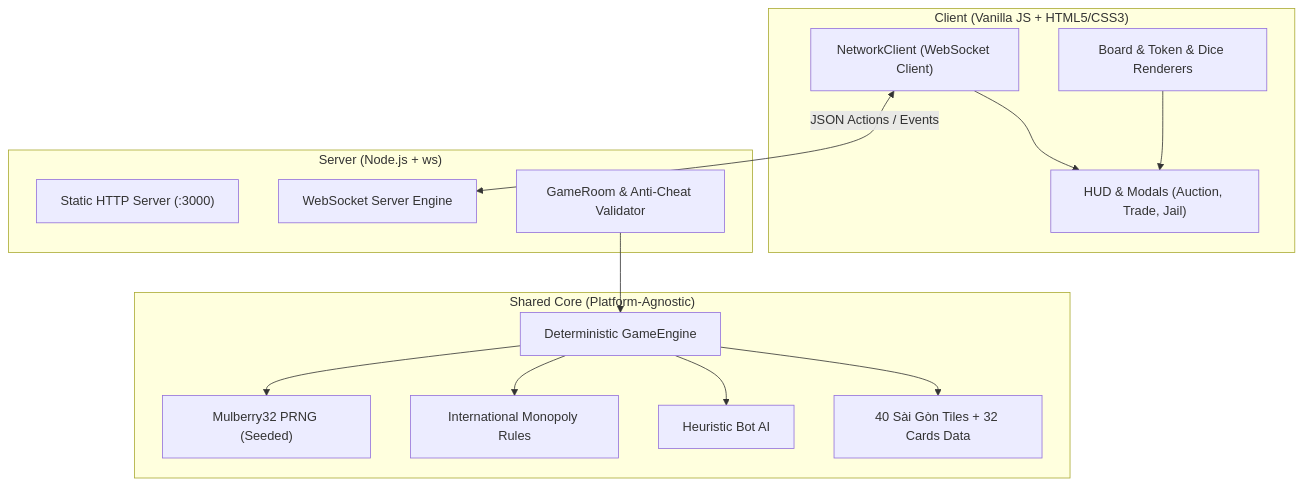
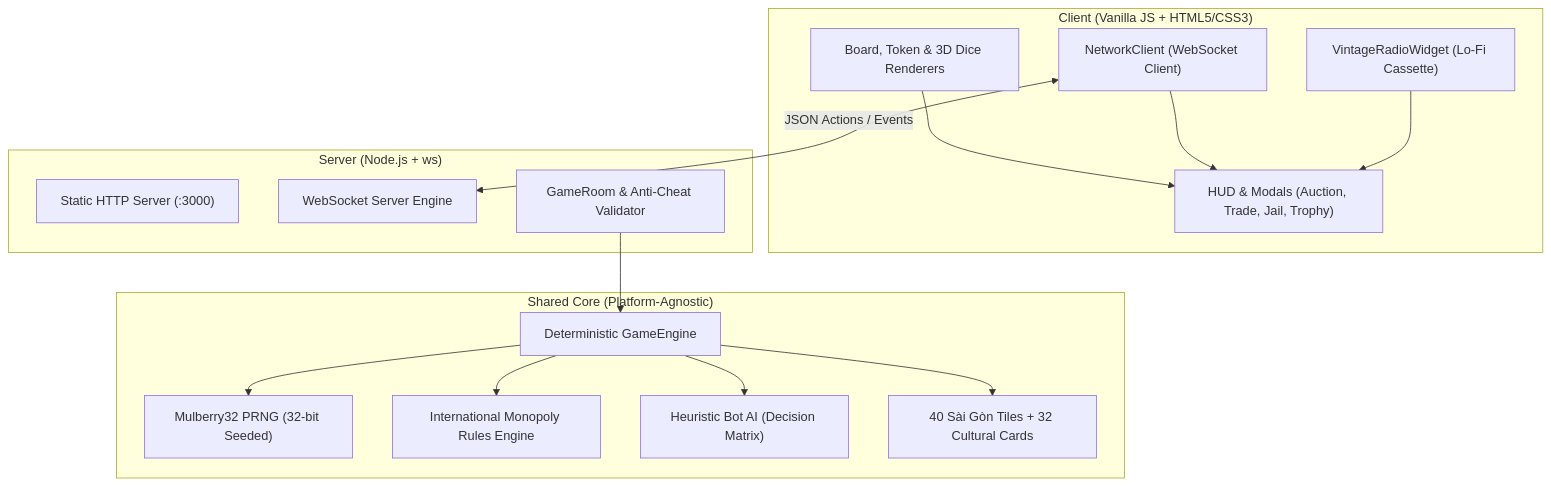
Before and after one commit to dinhanhhhh/Monopoly: the diagram in README.md, drawn with Mermaid. The commit also changed other lines of this file and 4 other files, not shown here.

````diff
--- a/README.md
+++ b/README.md
@@ -18,31 +27,33 @@
 ```mermaid
 flowchart TD
     subgraph Client ["Client (Vanilla JS + HTML5/CSS3)"]
-        UI["HUD & Modals (Auction, Trade, Jail)"]
-        Renderer["Board & Token & Dice Renderers"]
+        UI["HUD & Modals (Auction, Trade, Jail, Trophy)"]
+        Renderer["Board, Token & 3D Dice Renderers"]
         NetClient["NetworkClient (WebSocket Client)"]
+        Radio["VintageRadioWidget (Lo-Fi Cassette)"]
     end
 
     subgraph Server ["Server (Node.js + ws)"]
         HTTP["Static HTTP Server (:3000)"]
         WSS["WebSocket Server Engine"]
         RoomMgr["GameRoom & Anti-Cheat Validator"]
     end
 
     subgraph Shared ["Shared Core (Platform-Agnostic)"]
         Engine["Deterministic GameEngine"]
-        RNG["Mulberry32 PRNG (Seeded)"]
-        Rules["International Monopoly Rules"]
-        BotAI["Heuristic Bot AI"]
-        Data["40 Sài Gòn Tiles + 32 Cards Data"]
+        RNG["Mulberry32 PRNG (32-bit Seeded)"]
+        Rules["International Monopoly Rules Engine"]
+        BotAI["Heuristic Bot AI (Decision Matrix)"]
+        Data["40 Sài Gòn Tiles + 32 Cultural Cards"]
     end
 
     NetClient <-->|"JSON Actions / Events"| WSS
     Renderer --> UI
     NetClient --> UI
+    Radio --> UI
     RoomMgr --> Engine
     Engine --> RNG
     Engine --> Rules
     Engine --> BotAI
     Engine --> Data
 ```
````
